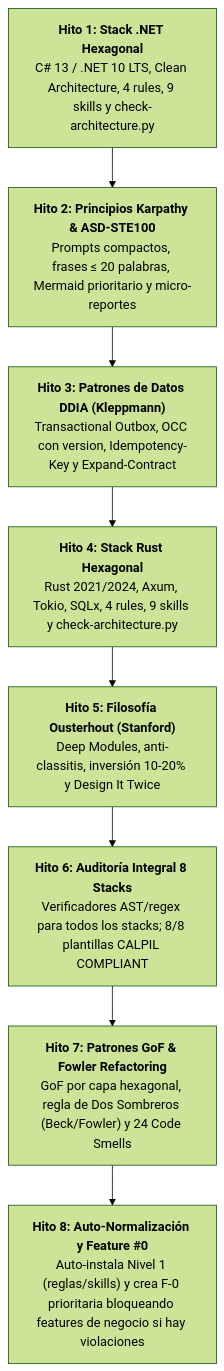
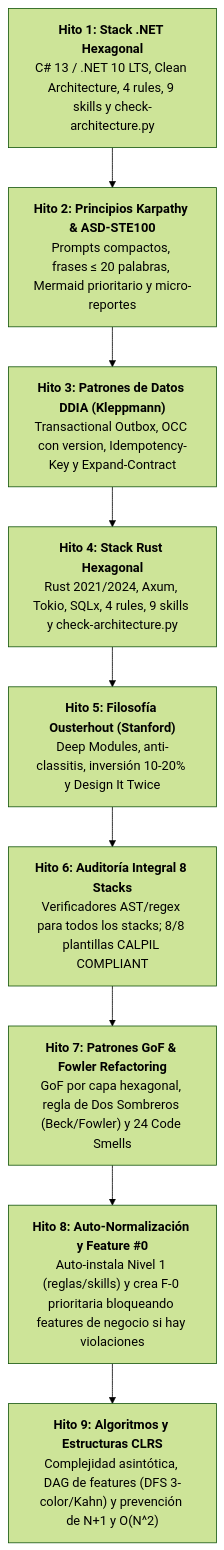
Before and after one commit to calpil/harness-flow: the diagram in docs/README.md, drawn with Mermaid (forest theme). The commit also changed other lines of this file and 12 other files, not shown here.

Commit message:
feat: integrar fundamentos de algoritmos y estructuras clrs en el arnes

````diff
--- a/docs/README.md
+++ b/docs/README.md
@@ -21,13 +21,14 @@
 ```mermaid
 flowchart TD
     H1["<b>Hito 1: Stack .NET Hexagonal</b><br/>C# 13 / .NET 10 LTS, Clean Architecture, 4 rules, 9 skills y check-architecture.py"]
     H2["<b>Hito 2: Principios Karpathy & ASD-STE100</b><br/>Prompts compactos, frases &le; 20 palabras, Mermaid prioritario y micro-reportes"]
     H3["<b>Hito 3: Patrones de Datos DDIA (Kleppmann)</b><br/>Transactional Outbox, OCC con version, Idempotency-Key y Expand-Contract"]
     H4["<b>Hito 4: Stack Rust Hexagonal</b><br/>Rust 2021/2024, Axum, Tokio, SQLx, 4 rules, 9 skills y check-architecture.py"]
     H5["<b>Hito 5: Filosofía Ousterhout (Stanford)</b><br/>Deep Modules, anti-classitis, inversión 10-20% y Design It Twice"]
     H6["<b>Hito 6: Auditoría Integral 8 Stacks</b><br/>Verificadores AST/regex para todos los stacks; 8/8 plantillas CALPIL COMPLIANT"]
     H7["<b>Hito 7: Patrones GoF & Fowler Refactoring</b><br/>GoF por capa hexagonal, regla de Dos Sombreros (Beck/Fowler) y 24 Code Smells"]
     H8["<b>Hito 8: Auto-Normalización y Feature #0</b><br/>Auto-instala Nivel 1 (reglas/skills) y crea F-0 prioritaria bloqueando features de negocio si hay violaciones"]
+    H9["<b>Hito 9: Algoritmos y Estructuras CLRS</b><br/>Complejidad asintótica, DAG de features (DFS 3-color/Kahn) y prevención de N+1 y O(N^2)"]
 
-    H1 --> H2 --> H3 --> H4 --> H5 --> H6 --> H7 --> H8
+    H1 --> H2 --> H3 --> H4 --> H5 --> H6 --> H7 --> H8 --> H9
 ```
````
